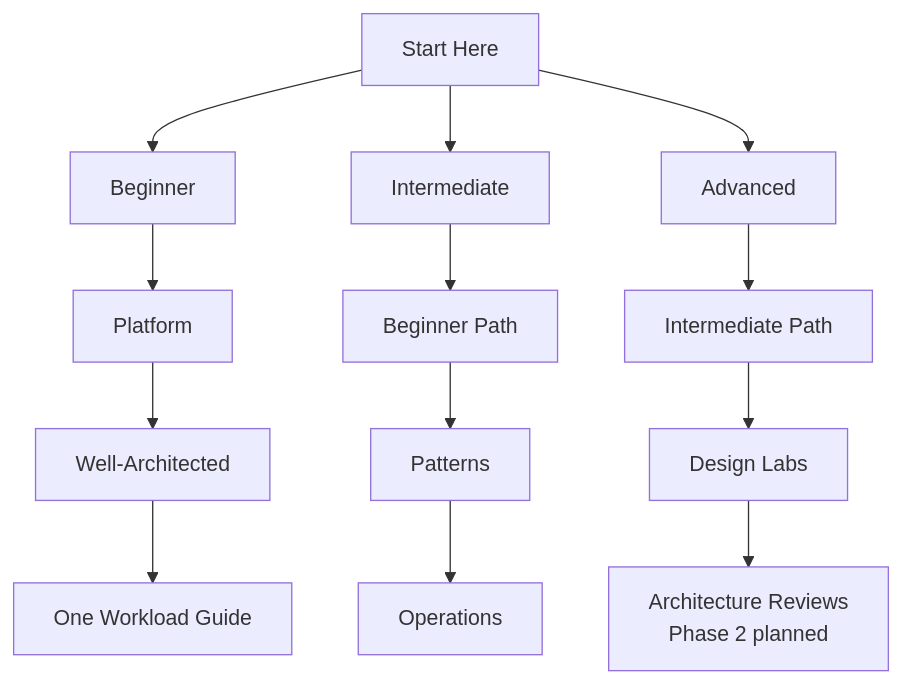
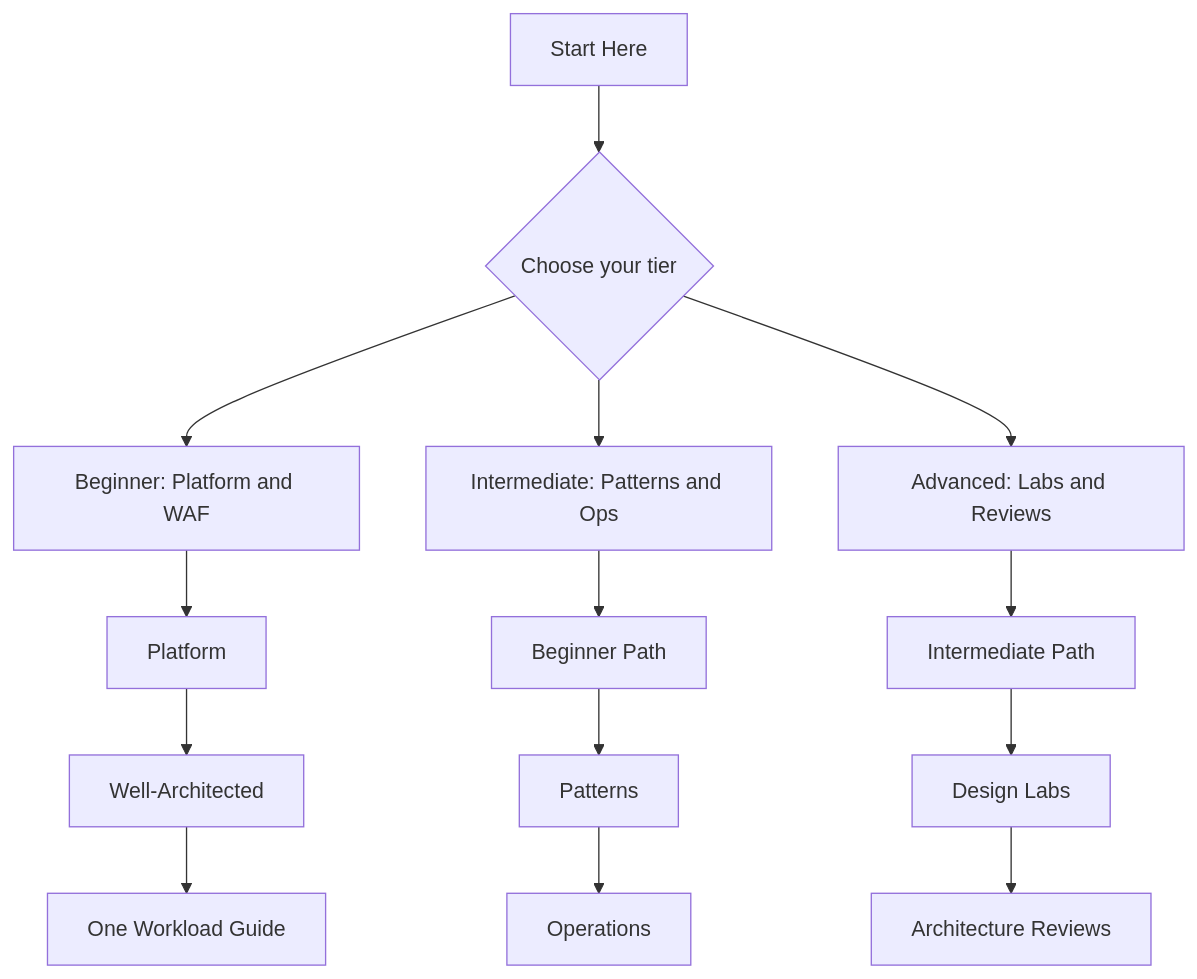
One commit to yeongseon/azure-architecture-practical-guide changed the first of 4 diagrams in docs/start-here/learning-paths.md. Above: the diagram before and after it, drawn with Mermaid. The commit also changed other lines of this file, not shown here.

````diff
--- a/docs/start-here/learning-paths.md
+++ b/docs/start-here/learning-paths.md
@@ -75,15 +60,16 @@
 ```mermaid
 flowchart TD
-    A[Start Here] --> B[Beginner]
-    A --> C[Intermediate]
-    A --> D[Advanced]
-    B --> B1[Platform]
-    B1 --> B2[Well-Architected]
-    B2 --> B3[One Workload Guide]
-    C --> C1[Beginner Path]
-    C1 --> C2[Patterns]
-    C2 --> C3[Operations]
-    D --> D1[Intermediate Path]
-    D1 --> D2[Design Labs]
-    D2 --> D3[Architecture Reviews<br/>Phase 2 planned]
+    A[Start Here] --> B{Choose your tier}
+    B --> C[Beginner: Platform and WAF]
+    B --> D[Intermediate: Patterns and Ops]
+    B --> E[Advanced: Labs and Reviews]
+    C --> C1[Platform]
+    C1 --> C2[Well-Architected]
+    C2 --> C3[One Workload Guide]
+    D --> D1[Beginner Path]
+    D1 --> D2[Patterns]
+    D2 --> D3[Operations]
+    E --> E1[Intermediate Path]
+    E1 --> E2[Design Labs]
+    E2 --> E3[Architecture Reviews]
 ```
````
